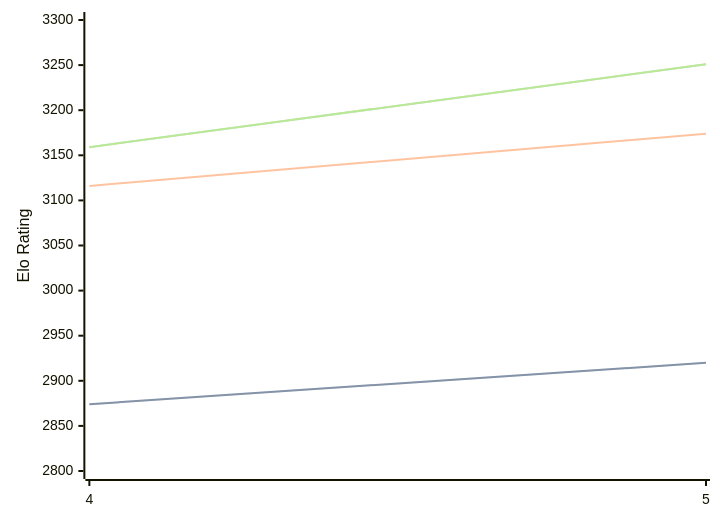
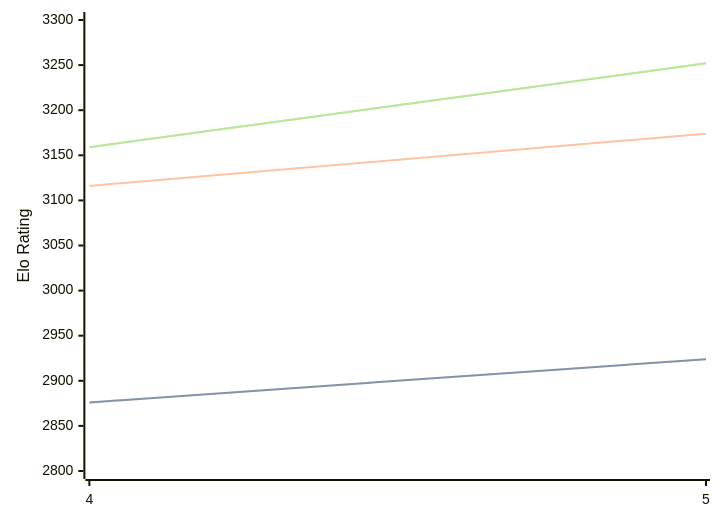
One commit to computer-chess-index/cci changed the diagram in engines/Cwtch.md. Above: the diagram before and after it, drawn with Mermaid. The commit also changed other lines of this file, not shown here.

Commit message:
Update CCI Ratings (ELO VLTC) - 2026-04-10

````diff
--- a/engines/Cwtch.md
+++ b/engines/Cwtch.md
@@ -34,11 +34,11 @@
 ```mermaid
 %%{init: {"theme":"base","themeVariables":{"seriesColors:['#a3a3a3','#222221','#faa371']}}}%%
 xychart-beta
   x-axis ["4", "5"]
   y-axis "Elo Rating" 2800 --> 3300
-  line "STC (8.0+0.08s)" [2874, 2920]
-  line "STC (8.0+0.08s)" [2874, 2920]
+  line "STC (8.0+0.08s)" [2876, 2924]
+  line "STC (8.0+0.08s)" [2876, 2924]
   line "LTC (60.0+0.60s)" [3116, 3174]
-  line "VLTC (2m24s+1.12s)" [3159, 3251]
-  line "VLTC (2m24s+1.12s)" [3159, 3251]
+  line "VLTC (2m24s+1.12s)" [3159, 3252]
+  line "VLTC (2m24s+1.12s)" [3159, 3252]
 ```
````
